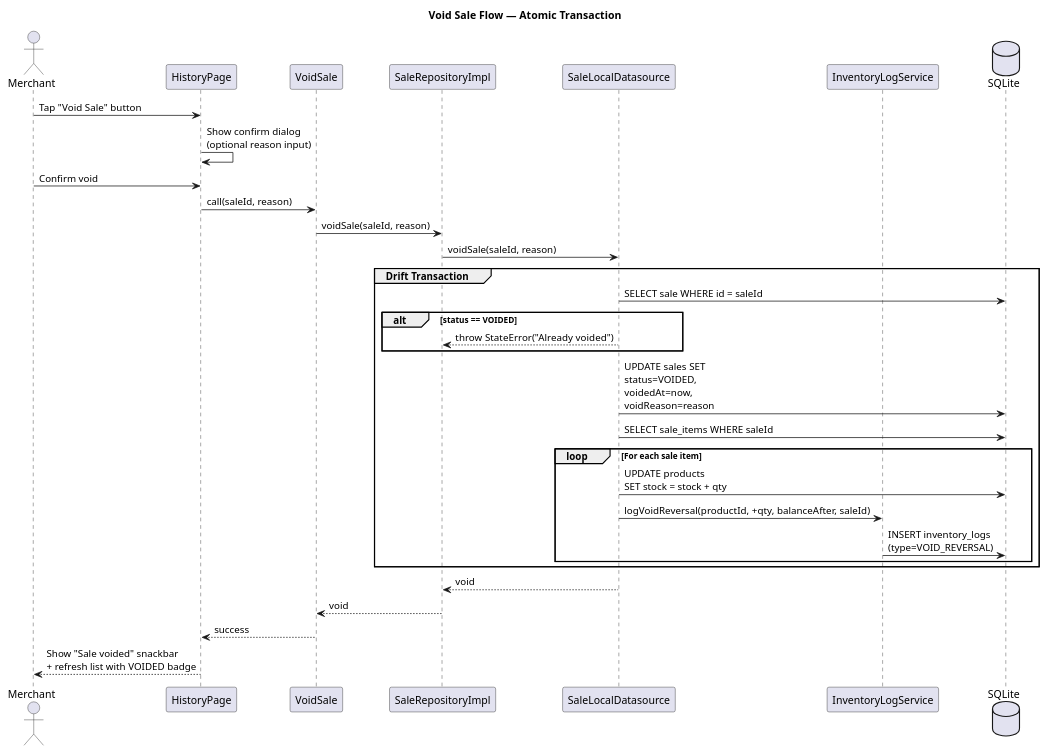
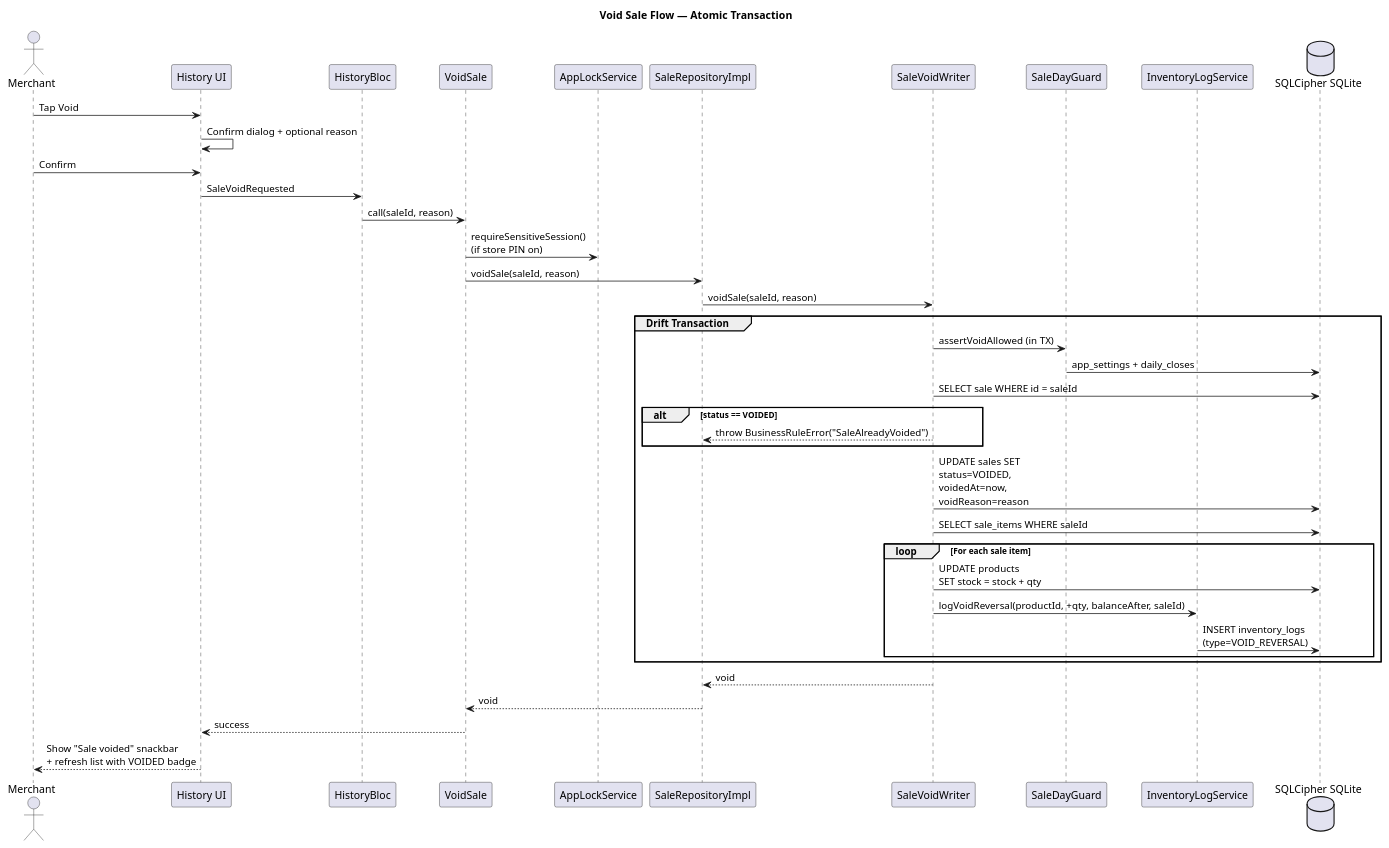
One commit to MN-Lizard-Team/promsell-pos-ce changed the diagram in docs/architecture/puml/sequence-void.puml. Above: the diagram before and after it, drawn with PlantUML. The commit also changed 743 other files, not shown here.

```diff
--- a/docs/architecture/puml/sequence-void.puml
+++ b/docs/architecture/puml/sequence-void.puml
@@ -1,41 +1,47 @@
 @startuml Sequence_Void
 title Void Sale Flow — Atomic Transaction
 
 actor Merchant
-participant "HistoryPage" as UI
+participant "History UI" as UI
+participant "HistoryBloc" as HB
 participant "VoidSale" as UC
+participant "AppLockService" as PIN
 participant "SaleRepositoryImpl" as Repo
-participant "SaleLocalDatasource" as DS
+participant "SaleVoidWriter" as DS
+participant "SaleDayGuard" as DG
 participant "InventoryLogService" as ILS
-database "SQLite" as DB
+database "SQLCipher SQLite" as DB
 
-Merchant -> UI: Tap "Void Sale" button
-UI -> UI: Show confirm dialog\n(optional reason input)
-Merchant -> UI: Confirm void
-
-UI -> UC: call(saleId, reason)
+Merchant -> UI: Tap Void
+UI -> UI: Confirm dialog + optional reason
+Merchant -> UI: Confirm
+UI -> HB: SaleVoidRequested
+HB -> UC: call(saleId, reason)
+UC -> PIN: requireSensitiveSession()\n(if store PIN on)
 UC -> Repo: voidSale(saleId, reason)
 Repo -> DS: voidSale(saleId, reason)
 
 group Drift Transaction
+    DS -> DG: assertVoidAllowed (in TX)
+    DG -> DB: app_settings + daily_closes
     DS -> DB: SELECT sale WHERE id = saleId
     alt status == VOIDED
-        DS --> Repo: throw StateError("Already voided")
+        DS --> Repo: throw BusinessRuleError("SaleAlreadyVoided")
     end
 
     DS -> DB: UPDATE sales SET\nstatus=VOIDED,\nvoidedAt=now,\nvoidReason=reason
 
     DS -> DB: SELECT sale_items WHERE saleId
     loop For each sale item
         DS -> DB: UPDATE products\nSET stock = stock + qty
         DS -> ILS: logVoidReversal(productId, +qty, balanceAfter, saleId)
         ILS -> DB: INSERT inventory_logs\n(type=VOID_REVERSAL)
     end
 end
 
 DS --> Repo: void
 Repo --> UC: void
 UC --> UI: success
 UI --> Merchant: Show "Sale voided" snackbar\n+ refresh list with VOIDED badge
 
 @enduml
```
